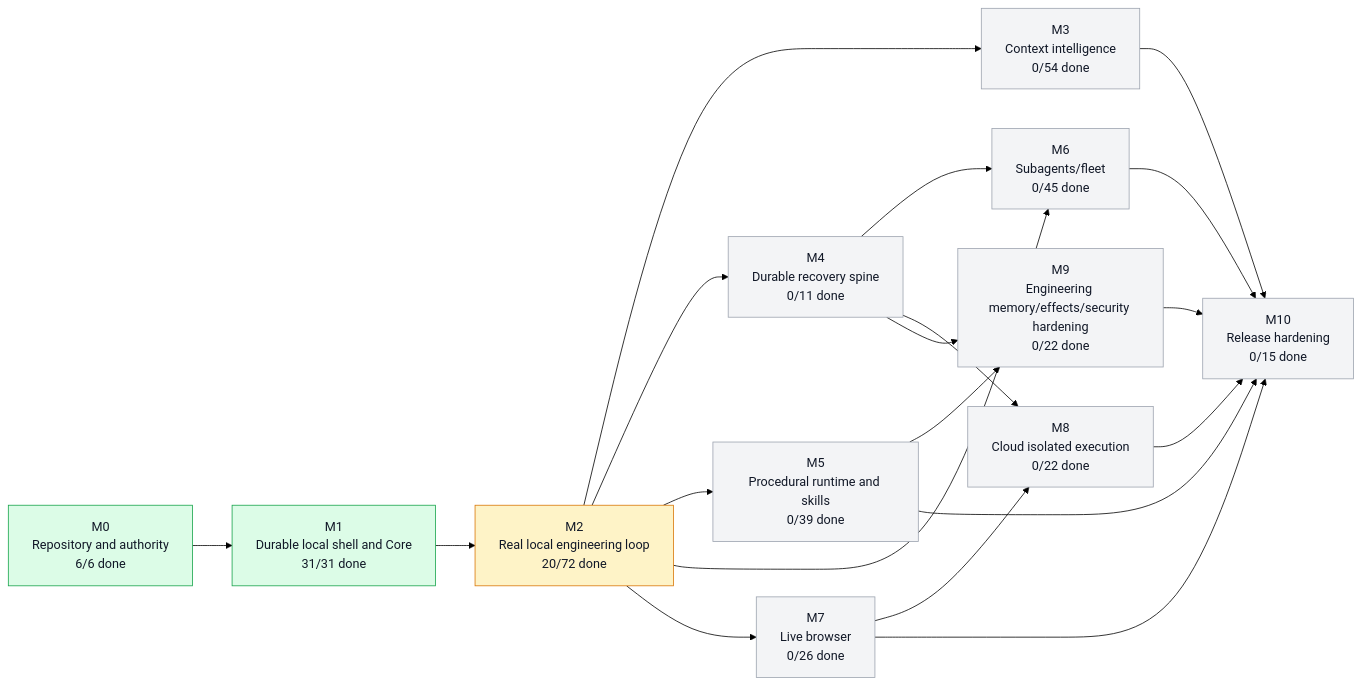
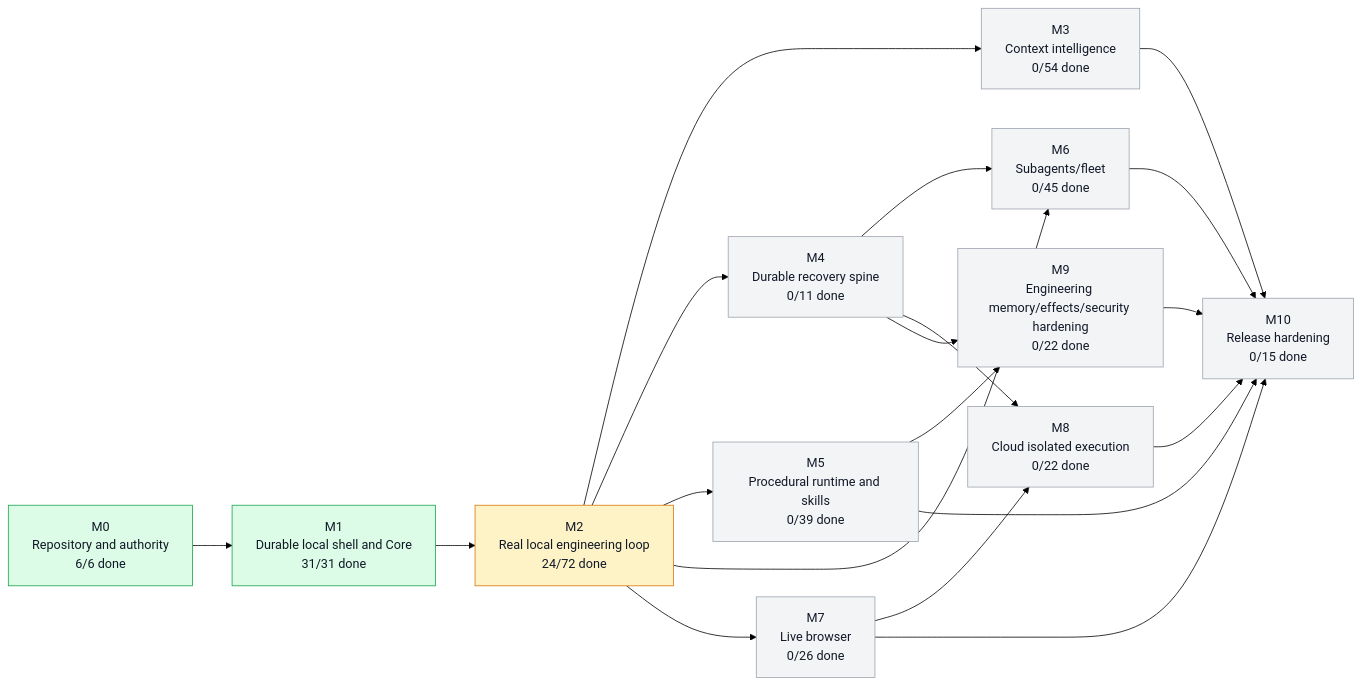
The first of 3 diagrams in graph/PROJECT_GRAPH.md (moss101/zmodbit), drawn with Mermaid (forest theme) before and after one commit. The commit also changed other lines of this file and 3 other files, not shown here.

````diff
--- a/graph/PROJECT_GRAPH.md
+++ b/graph/PROJECT_GRAPH.md
@@ -43,43 +43,43 @@
 ```mermaid
 flowchart LR
   M0["M0<br/>Repository and authority<br/>6/6 done"]
   M1["M1<br/>Durable local shell and Core<br/>31/31 done"]
-  M2["M2<br/>Real local engineering loop<br/>20/72 done"]
+  M2["M2<br/>Real local engineering loop<br/>24/72 done"]
   M3["M3<br/>Context intelligence<br/>0/54 done"]
   M4["M4<br/>Durable recovery spine<br/>0/11 done"]
   M5["M5<br/>Procedural runtime and skills<br/>0/39 done"]
   M6["M6<br/>Subagents/fleet<br/>0/45 done"]
   M7["M7<br/>Live browser<br/>0/26 done"]
   M8["M8<br/>Cloud isolated execution<br/>0/22 done"]
   M9["M9<br/>Engineering memory/effects/security hardening<br/>0/22 done"]
   M10["M10<br/>Release hardening<br/>0/15 done"]
   M0 --> M1
   M1 --> M2
   M2 --> M3
   M2 --> M4
   M2 --> M5
   M2 --> M6
   M4 --> M6
   M2 --> M7
   M4 --> M8
   M7 --> M8
   M4 --> M9
   M5 --> M9
   M3 --> M10
   M5 --> M10
   M6 --> M10
   M7 --> M10
   M8 --> M10
   M9 --> M10
   style M0 fill:#dcfce7,stroke:#16a34a,color:#111827
   style M1 fill:#dcfce7,stroke:#16a34a,color:#111827
   style M2 fill:#fef3c7,stroke:#d97706,color:#111827
   style M3 fill:#f3f4f6,stroke:#9ca3af,color:#111827
   style M4 fill:#f3f4f6,stroke:#9ca3af,color:#111827
   style M5 fill:#f3f4f6,stroke:#9ca3af,color:#111827
   style M6 fill:#f3f4f6,stroke:#9ca3af,color:#111827
   style M7 fill:#f3f4f6,stroke:#9ca3af,color:#111827
   style M8 fill:#f3f4f6,stroke:#9ca3af,color:#111827
   style M9 fill:#f3f4f6,stroke:#9ca3af,color:#111827
   style M10 fill:#f3f4f6,stroke:#9ca3af,color:#111827
 ```
````
